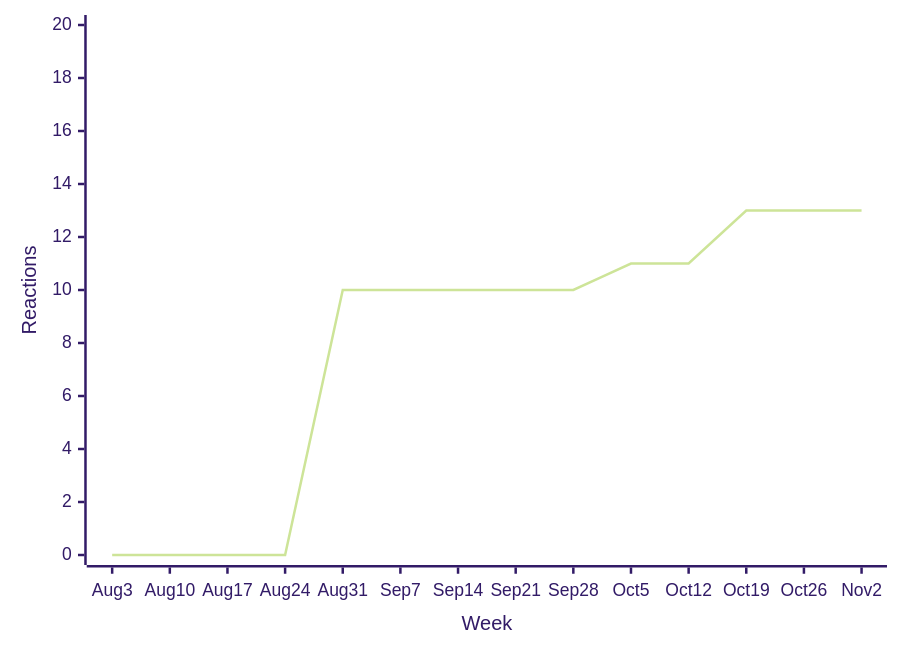
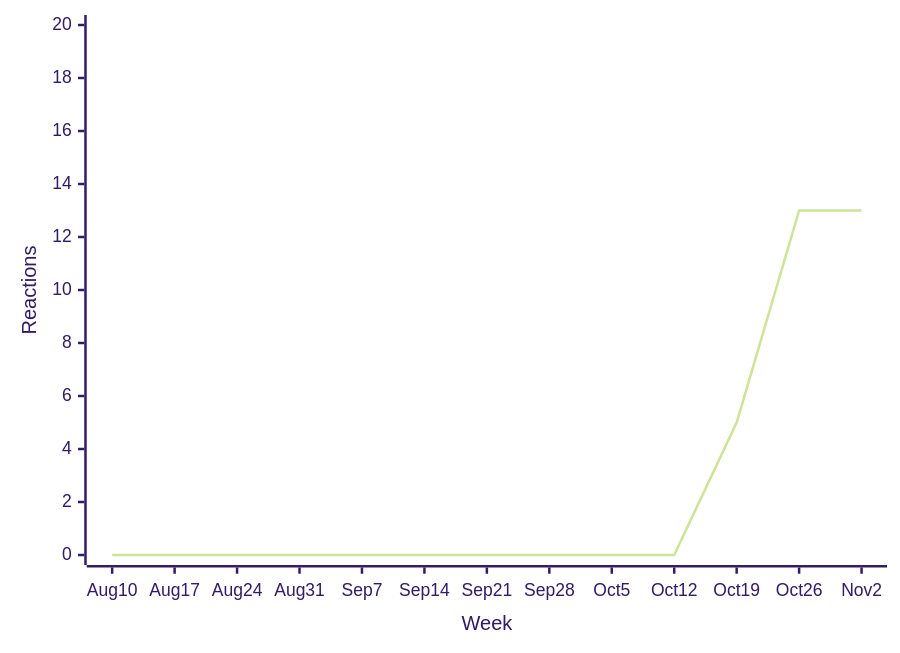
One commit to loic-sharma/github-insights changed diagram 15 of 40 in README.md. Above: the diagram before and after it, drawn with Mermaid (forest theme). The commit also changed other lines of this file and 3 other files, not shown here.

````diff
--- a/README.md
+++ b/README.md
@@ -562,6 +562,6 @@
   ```mermaid
   xychart-beta
-    x-axis "Week" [Aug 3, Aug 10, Aug 17, Aug 24, Aug 31, Sep 7, Sep 14, Sep 21, Sep 28, Oct 5, Oct 12, Oct 19, Oct 26, Nov 2]
+    x-axis "Week" [Aug 10, Aug 17, Aug 24, Aug 31, Sep 7, Sep 14, Sep 21, Sep 28, Oct 5, Oct 12, Oct 19, Oct 26, Nov 2]
     y-axis "Reactions" 0 --> 20
-    line [0, 0, 0, 0, 10, 10, 10, 10, 10, 11, 11, 13, 13, 13]
+    line [0, 0, 0, 0, 0, 0, 0, 0, 0, 0, 5, 13, 13]
   ```
````
